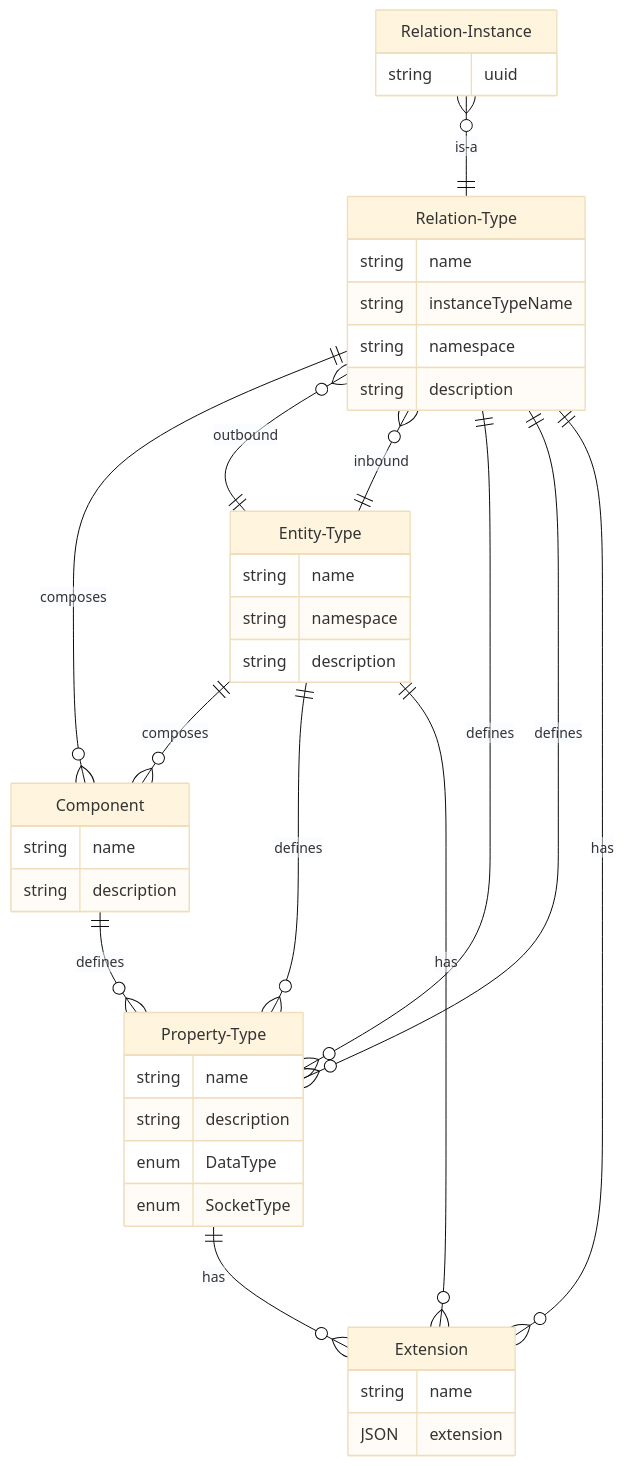
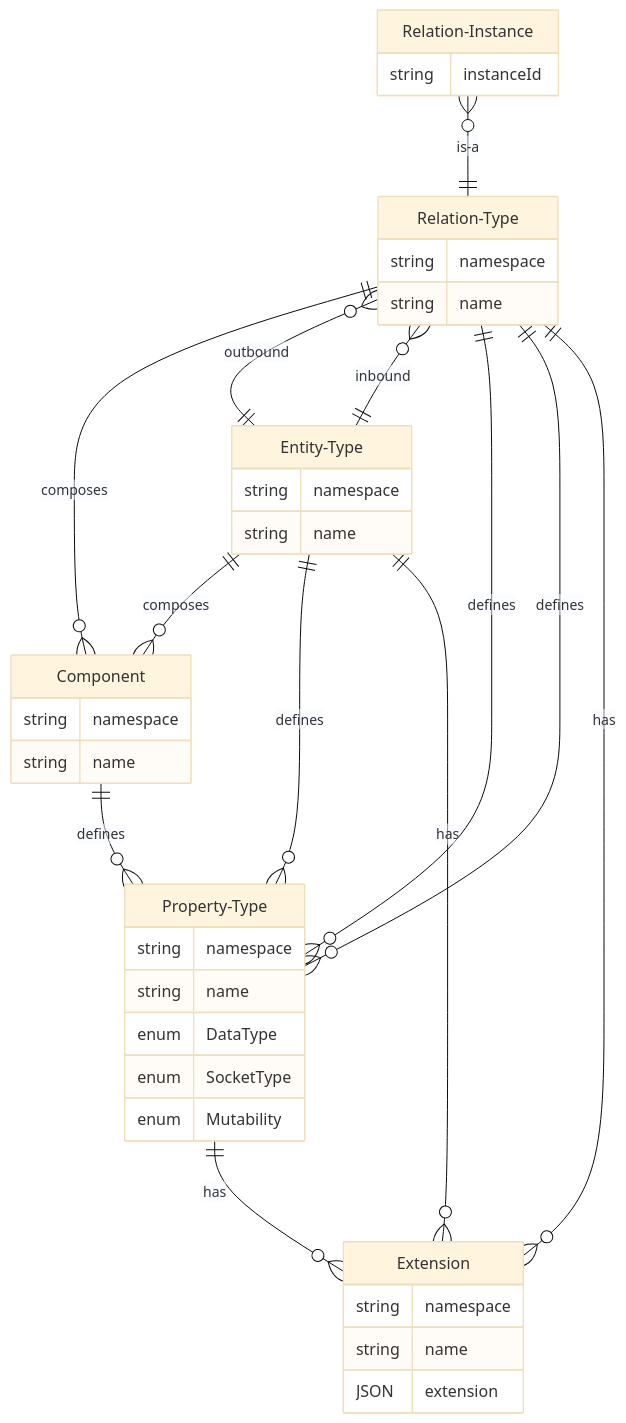
One commit to reactive-graph/reactive-graph changed the second of 2 diagrams in docs/inexor-rgf/src/Model_Relation_Type.md. Above: the diagram before and after it, drawn with Mermaid (base theme). The commit also changed other lines of this file and 8 other files, not shown here.

````diff
--- a/docs/inexor-rgf/src/Model_Relation_Type.md
+++ b/docs/inexor-rgf/src/Model_Relation_Type.md
@@ -36,43 +35,42 @@
 ```mermaid
 erDiagram
     Relation-Type {
+        string namespace
         string name
-        string instanceTypeName
-        string namespace
-        string description
     }
     Entity-Type {
+        string namespace
         string name
-        string namespace
-        string description
     }
     Relation-Instance {
-        string uuid
+        string instanceId
     }
     Extension {
+        string namespace
         string name
         JSON extension
     }
     Component {
+        string namespace
         string name
-        string description
     }
     Property-Type {
+        string namespace
         string name
-        string description
         enum DataType
         enum SocketType
+        enum Mutability
     }
     Relation-Type ||--}o Component : composes
     Relation-Type o{--|| Entity-Type : outbound
     Relation-Type o{--|| Entity-Type : inbound
     Entity-Type ||--}o Component : composes
     Relation-Type ||--}o Property-Type : defines
     Entity-Type ||--}o Property-Type : defines
     Relation-Type ||--}o Property-Type : defines
     Component ||--}o Property-Type : defines
     Relation-Type ||--}o Extension : has
     Entity-Type ||--}o Extension : has
     Property-Type ||--}o Extension : has
     Relation-Instance o{--|| Relation-Type : is-a
 ```
````
